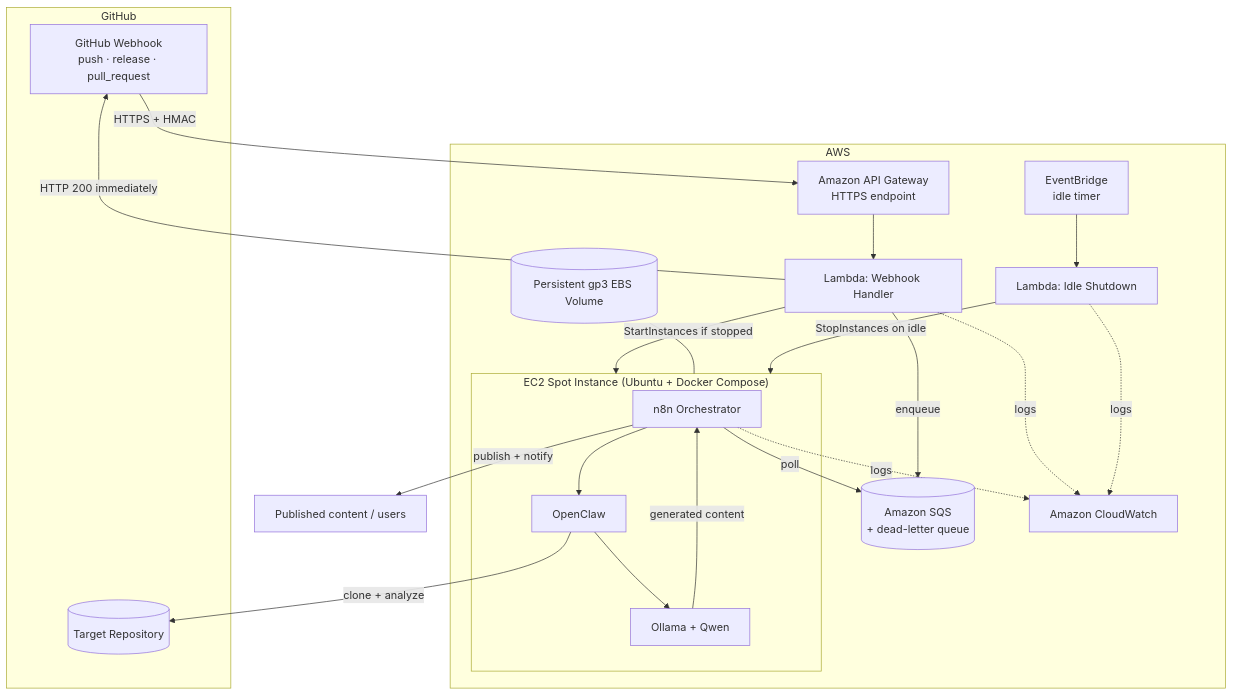
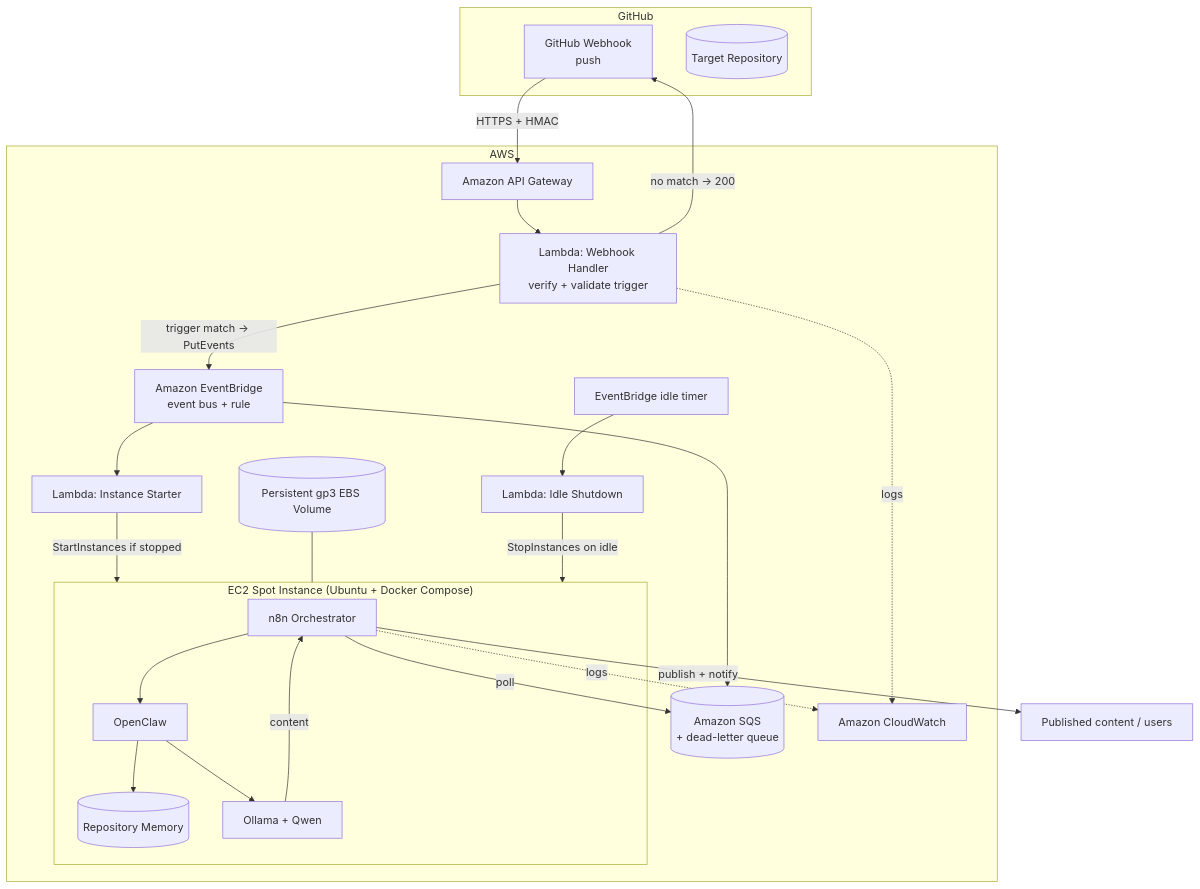
One commit to teddynted/ai-github-repository-blog-generator changed the second of 7 diagrams in docs/architecture.md. Above: the diagram before and after it, drawn with Mermaid. The commit also changed other lines of this file and 12 other files, not shown here.

````diff
--- a/docs/architecture.md
+++ b/docs/architecture.md
@@ -23,37 +47,40 @@
 ```mermaid
 flowchart TB
     subgraph GitHub
-        EVT[GitHub Webhook<br/>push · release · pull_request]
+        EVT[GitHub Webhook<br/>push]
         REPO[(Target Repository)]
     end
 
     subgraph AWS
-        APIGW[Amazon API Gateway<br/>HTTPS endpoint]
-        LH[Lambda: Webhook Handler]
+        APIGW[Amazon API Gateway]
+        LH[Lambda: Webhook Handler<br/>verify + validate trigger]
+        EB[Amazon EventBridge<br/>event bus + rule]
         SQS[(Amazon SQS<br/>+ dead-letter queue)]
-        EB[EventBridge<br/>idle timer]
+        ST[Lambda: Instance Starter]
+        IDLE[EventBridge idle timer]
         LS[Lambda: Idle Shutdown]
         subgraph EC2["EC2 Spot Instance (Ubuntu + Docker Compose)"]
             N8N[n8n Orchestrator]
             OC[OpenClaw]
+            MEM[(Repository Memory)]
             OLL[Ollama + Qwen]
         end
         EBS[(Persistent gp3 EBS Volume)]
         CW[Amazon CloudWatch]
     end
 
     EVT -->|HTTPS + HMAC| APIGW --> LH
-    LH -->|enqueue| SQS
-    LH -->|StartInstances if stopped| EC2
-    LH -->|HTTP 200 immediately| EVT
+    LH -->|trigger match → PutEvents| EB
+    LH -->|no match → 200| EVT
+    EB --> SQS
+    EB --> ST -->|StartInstances if stopped| EC2
     N8N -->|poll| SQS
-    N8N --> OC -->|clone + analyze| REPO
+    N8N --> OC --> MEM
     OC --> OLL
-    OLL -->|generated content| N8N
+    OLL -->|content| N8N
     N8N -->|publish + notify| OUT[Published content / users]
     EBS --- EC2
-    EB --> LS -->|StopInstances on idle| EC2
+    IDLE --> LS -->|StopInstances on idle| EC2
     LH -. logs .-> CW
     N8N -. logs .-> CW
-    LS -. logs .-> CW
 ```
````
